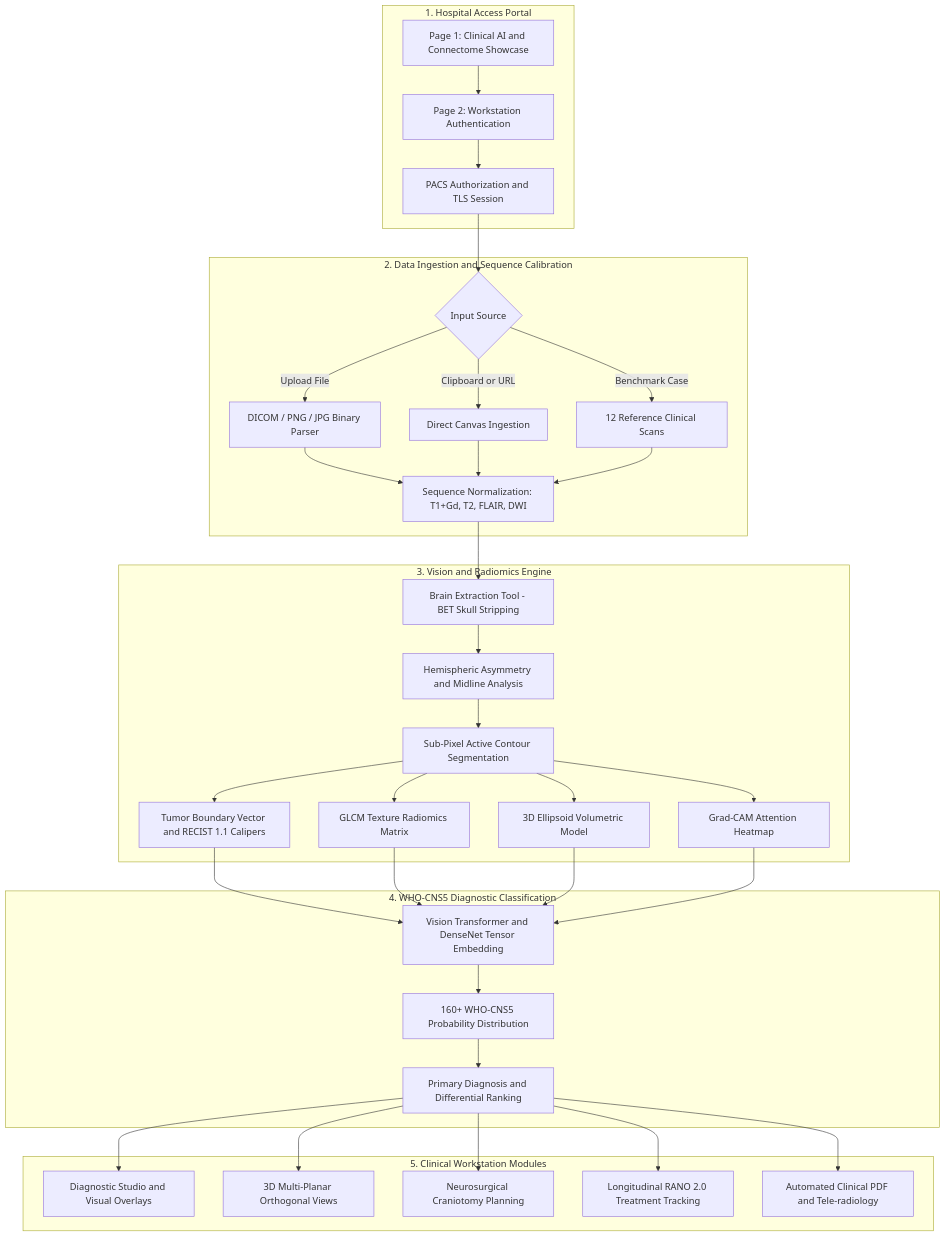
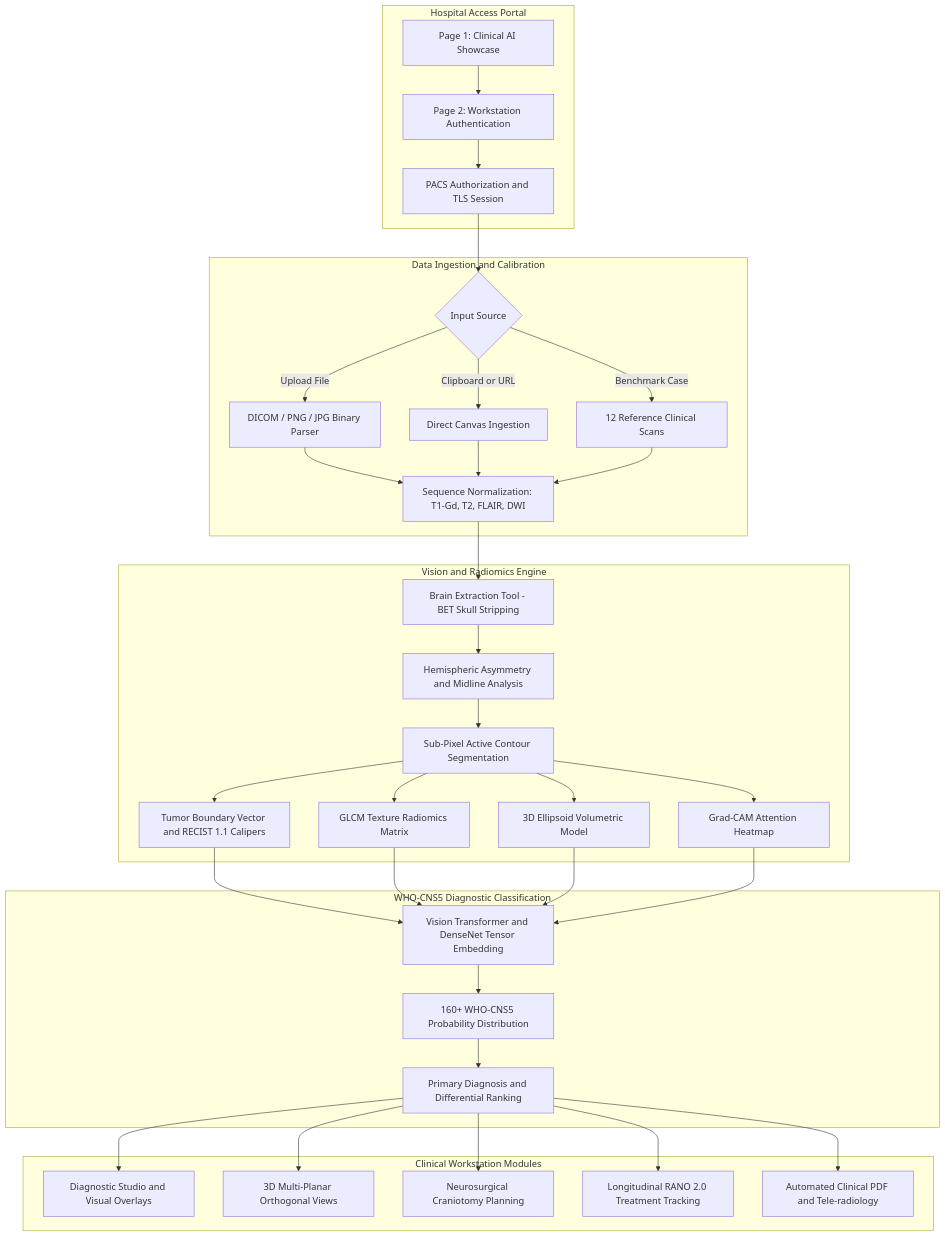
The first of 5 diagrams in README.md (kailash6207/Brain_Tumor), drawn with Mermaid before and after one commit. The commit also changed other lines of this file, not shown here.

Commit message:
docs: use strict GitHub-compliant Mermaid diagram syntax without quotes in edge labels or special tokens

````diff
--- a/README.md
+++ b/README.md
@@ -34,44 +34,44 @@
 ```mermaid
 flowchart TD
-    subgraph Portal ["1. Hospital Access Portal"]
-        P1["Page 1: Clinical AI and Connectome Showcase"] --> P2["Page 2: Workstation Authentication"]
-        P2 --> AUTH["PACS Authorization and TLS Session"]
+    subgraph Portal [Hospital Access Portal]
+        P1[Page 1: Clinical AI Showcase] --> P2[Page 2: Workstation Authentication]
+        P2 --> AUTH[PACS Authorization and TLS Session]
     end
 
-    subgraph Ingestion ["2. Data Ingestion and Sequence Calibration"]
-        AUTH --> INGEST{"Input Source"}
-        INGEST -->|"Upload File"| DCM["DICOM / PNG / JPG Binary Parser"]
-        INGEST -->|"Clipboard or URL"| CLIP["Direct Canvas Ingestion"]
-        INGEST -->|"Benchmark Case"| BENCH["12 Reference Clinical Scans"]
-        DCM --> SEQ_NORM["Sequence Normalization: T1+Gd, T2, FLAIR, DWI"]
+    subgraph Ingestion [Data Ingestion and Calibration]
+        AUTH --> INGEST{Input Source}
+        INGEST -->|Upload File| DCM[DICOM / PNG / JPG Binary Parser]
+        INGEST -->|Clipboard or URL| CLIP[Direct Canvas Ingestion]
+        INGEST -->|Benchmark Case| BENCH[12 Reference Clinical Scans]
+        DCM --> SEQ_NORM[Sequence Normalization: T1-Gd, T2, FLAIR, DWI]
         CLIP --> SEQ_NORM
         BENCH --> SEQ_NORM
     end
 
-    subgraph VisionEngine ["3. Vision and Radiomics Engine"]
-        SEQ_NORM --> BET["Brain Extraction Tool - BET Skull Stripping"]
-        BET --> ASYM["Hemispheric Asymmetry and Midline Analysis"]
-        ASYM --> SEG["Sub-Pixel Active Contour Segmentation"]
-        SEG --> BOUNDS["Tumor Boundary Vector and RECIST 1.1 Calipers"]
-        SEG --> GLCM["GLCM Texture Radiomics Matrix"]
-        SEG --> VOL["3D Ellipsoid Volumetric Model"]
-        SEG --> GRAD["Grad-CAM Attention Heatmap"]
+    subgraph VisionEngine [Vision and Radiomics Engine]
+        SEQ_NORM --> BET[Brain Extraction Tool - BET Skull Stripping]
+        BET --> ASYM[Hemispheric Asymmetry and Midline Analysis]
+        ASYM --> SEG[Sub-Pixel Active Contour Segmentation]
+        SEG --> BOUNDS[Tumor Boundary Vector and RECIST 1.1 Calipers]
+        SEG --> GLCM[GLCM Texture Radiomics Matrix]
+        SEG --> VOL[3D Ellipsoid Volumetric Model]
+        SEG --> GRAD[Grad-CAM Attention Heatmap]
     end
 
-    subgraph AI_Classifier ["4. WHO-CNS5 Diagnostic Classification"]
-        BOUNDS --> TENSOR["Vision Transformer and DenseNet Tensor Embedding"]
+    subgraph AI_Classifier [WHO-CNS5 Diagnostic Classification]
+        BOUNDS --> TENSOR[Vision Transformer and DenseNet Tensor Embedding]
         GLCM --> TENSOR
         VOL --> TENSOR
         GRAD --> TENSOR
-        TENSOR --> SOFTMAX["160+ WHO-CNS5 Probability Distribution"]
-        SOFTMAX --> TOP_DIAG["Primary Diagnosis and Differential Ranking"]
+        TENSOR --> SOFTMAX[160+ WHO-CNS5 Probability Distribution]
+        SOFTMAX --> TOP_DIAG[Primary Diagnosis and Differential Ranking]
     end
 
-    subgraph Downstream ["5. Clinical Workstation Modules"]
-        TOP_DIAG --> STUDIO["Diagnostic Studio and Visual Overlays"]
-        TOP_DIAG --> MPR["3D Multi-Planar Orthogonal Views"]
-        TOP_DIAG --> SURG["Neurosurgical Craniotomy Planning"]
-        TOP_DIAG --> RANO["Longitudinal RANO 2.0 Treatment Tracking"]
-        TOP_DIAG --> REPORT["Automated Clinical PDF and Tele-radiology"]
+    subgraph Downstream [Clinical Workstation Modules]
+        TOP_DIAG --> STUDIO[Diagnostic Studio and Visual Overlays]
+        TOP_DIAG --> MPR[3D Multi-Planar Orthogonal Views]
+        TOP_DIAG --> SURG[Neurosurgical Craniotomy Planning]
+        TOP_DIAG --> RANO[Longitudinal RANO 2.0 Treatment Tracking]
+        TOP_DIAG --> REPORT[Automated Clinical PDF and Tele-radiology]
     end
 ```
````
